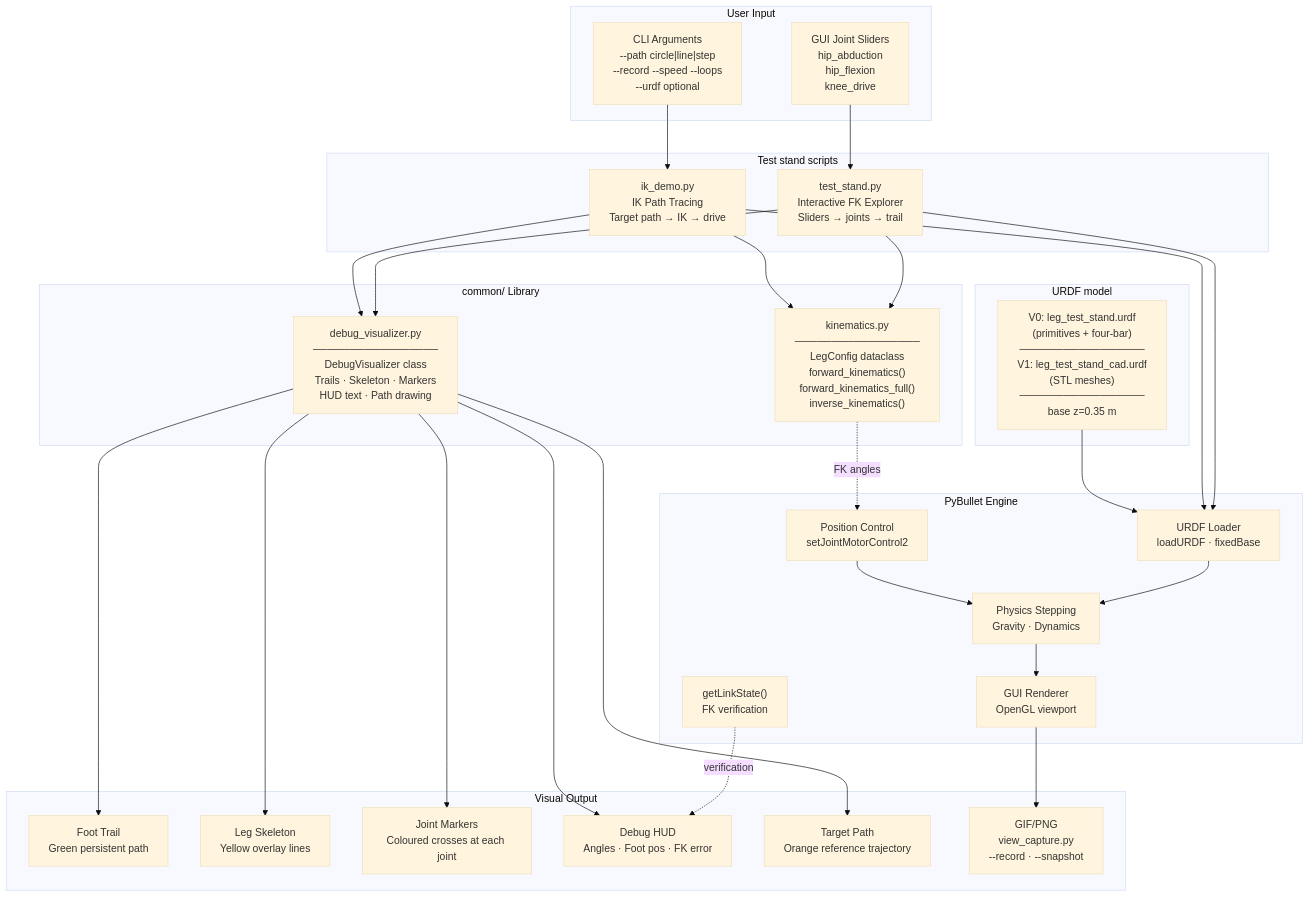
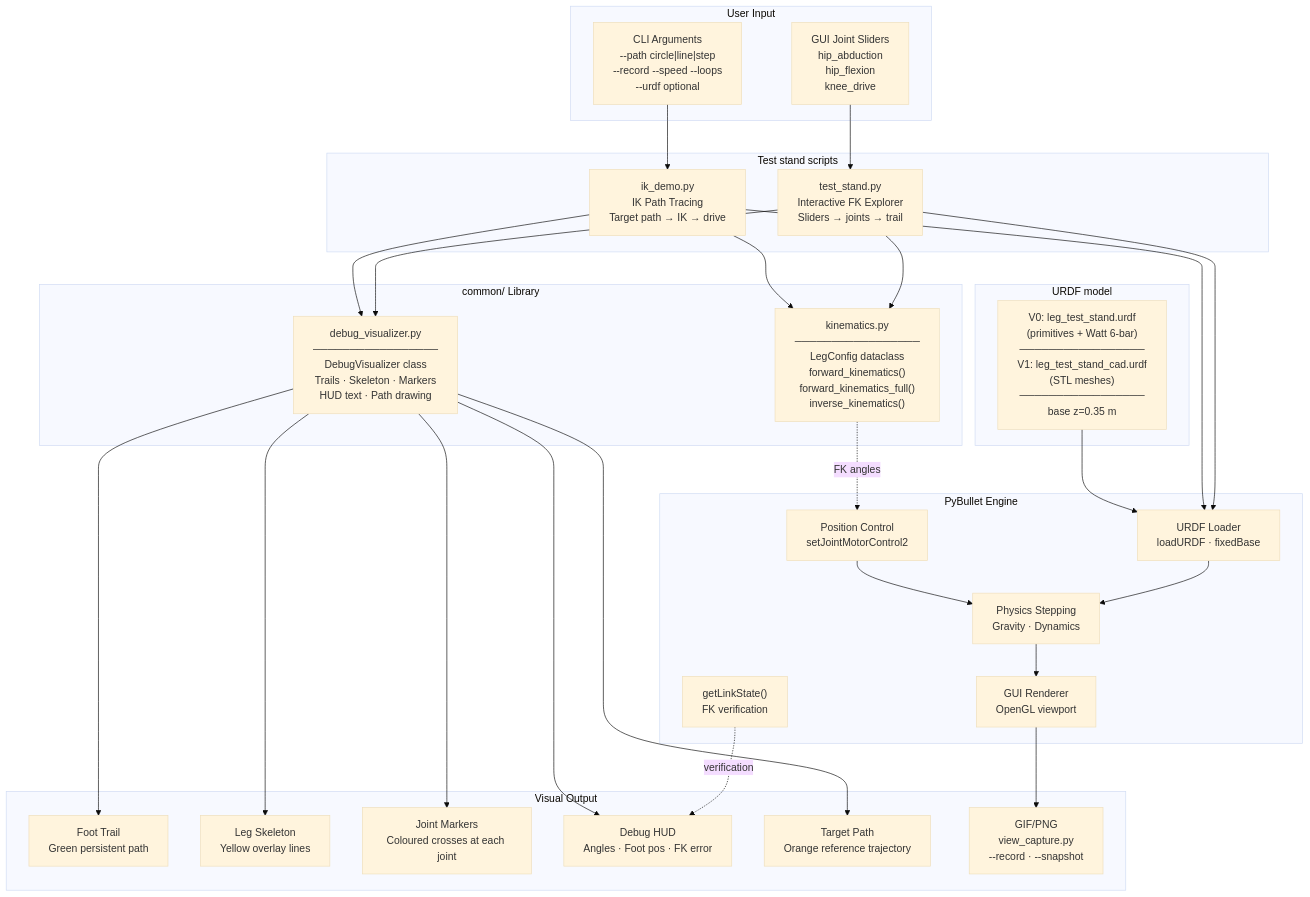
Before and after one commit to rubencg195/pybullet-robot-dog: the second of 5 diagrams in README.md, drawn with Mermaid (base theme). The commit also changed other lines of this file and 1 other file, not shown here.

First line of the commit message:
Docs: Watt six-bar terminology and Iron Dog Mini reference PDF

````diff
--- a/README.md
+++ b/README.md
@@ -92,59 +92,59 @@
 ```mermaid
 flowchart TB
   subgraph user["User Input"]
     SLIDERS["GUI Joint Sliders\nhip_abduction\nhip_flexion\nknee_drive"]
     CLI["CLI Arguments\n--path circle|line|step\n--record  --speed  --loops\n--urdf optional"]
   end
 
   subgraph scripts["Test stand scripts"]
     TS["test_stand.py\nInteractive FK Explorer\nSliders → joints → trail"]
     IK["ik_demo.py\nIK Path Tracing\nTarget path → IK → drive"]
   end
 
   subgraph common_lib["common/ Library"]
     KIN["kinematics.py\n─────────────────\nLegConfig dataclass\nforward_kinematics()\nforward_kinematics_full()\ninverse_kinematics()"]
     VIZ["debug_visualizer.py\n─────────────────\nDebugVisualizer class\nTrails · Skeleton · Markers\nHUD text · Path drawing"]
   end
 
   subgraph model["URDF model"]
-    URDF["V0: leg_test_stand.urdf\n(primitives + four-bar)\n─────────────────\nV1: leg_test_stand_cad.urdf\n(STL meshes)\n─────────────────\nbase z=0.35 m"]
+    URDF["V0: leg_test_stand.urdf\n(primitives + Watt 6-bar)\n─────────────────\nV1: leg_test_stand_cad.urdf\n(STL meshes)\n─────────────────\nbase z=0.35 m"]
   end
 
   subgraph engine["PyBullet Engine"]
     LOADER["URDF Loader\nloadURDF · fixedBase"]
     CTRL["Position Control\nsetJointMotorControl2"]
     PHYS["Physics Stepping\nGravity · Dynamics"]
     RENDER["GUI Renderer\nOpenGL viewport"]
     PBFK["getLinkState()\nFK verification"]
   end
 
   subgraph output["Visual Output"]
     TRAIL["Foot Trail\nGreen persistent path"]
     SKEL["Leg Skeleton\nYellow overlay lines"]
     MARKERS["Joint Markers\nColoured crosses at each joint"]
     HUD["Debug HUD\nAngles · Foot pos · FK error"]
     TARGET["Target Path\nOrange reference trajectory"]
     GIF["GIF/PNG\nview_capture.py\n--record · --snapshot"]
   end
 
   SLIDERS --> TS
   CLI --> IK
   TS --> KIN
   TS --> VIZ
   IK --> KIN
   IK --> VIZ
   TS --> LOADER
   IK --> LOADER
   URDF --> LOADER
   LOADER --> PHYS
   KIN -.->|"FK angles"| CTRL
   CTRL --> PHYS
   PHYS --> RENDER
   PBFK -.->|"verification"| HUD
   VIZ --> TRAIL
   VIZ --> SKEL
   VIZ --> MARKERS
   VIZ --> HUD
   VIZ --> TARGET
   RENDER --> GIF
 ```
````
